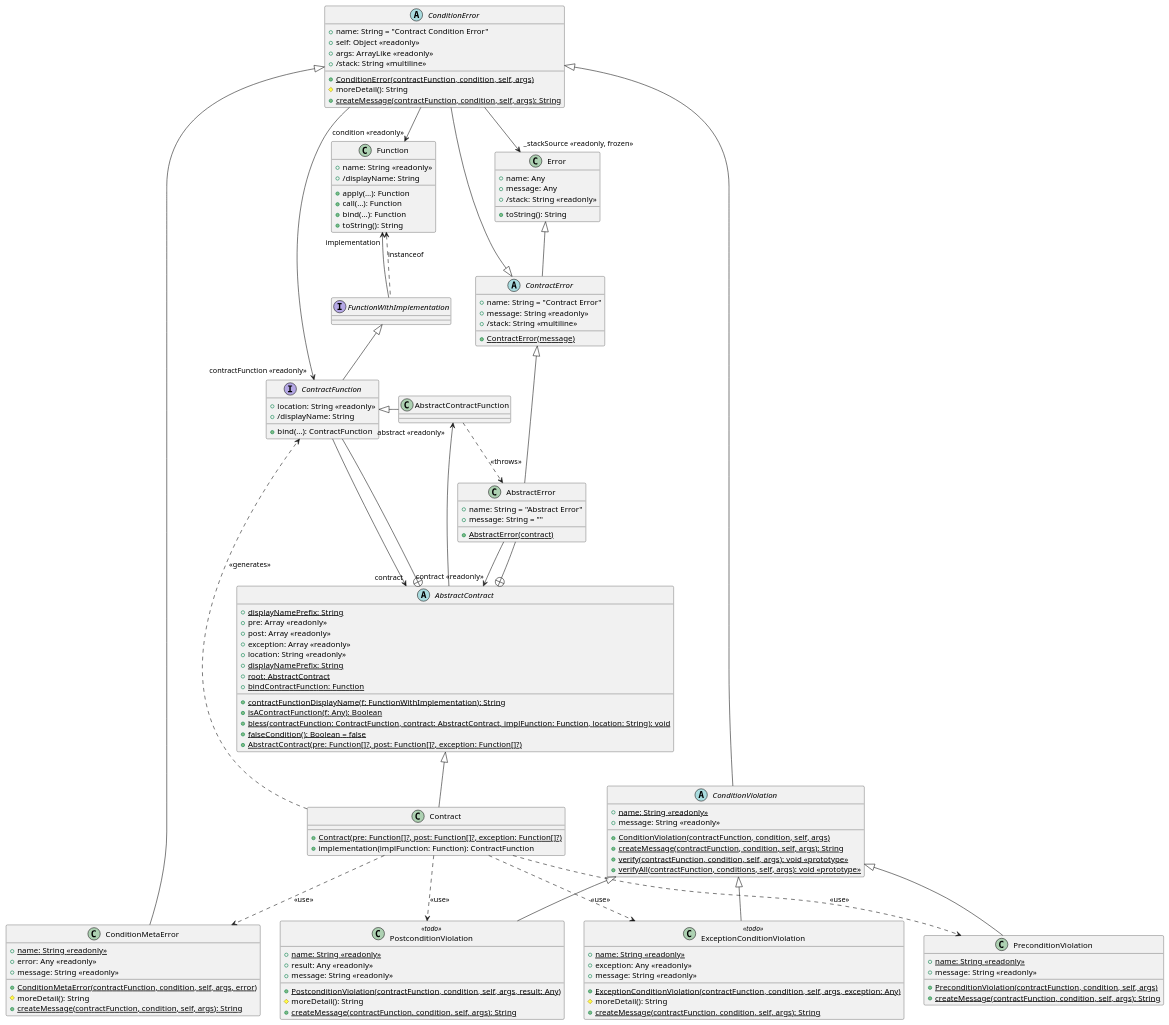
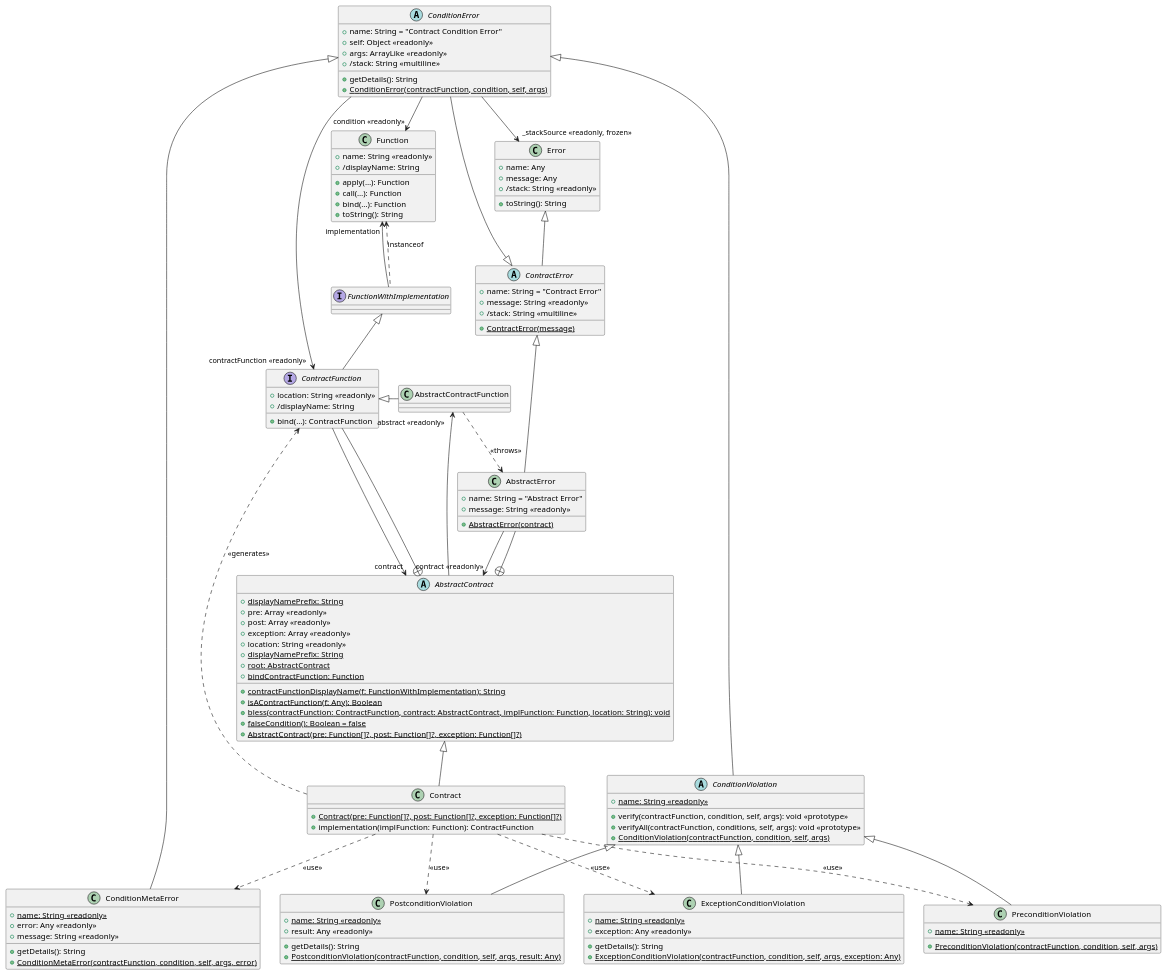
Before and after one commit to Toryt/contracts: the diagram in src/I/model.puml, drawn with PlantUML.

Commit message:
Cleanup of model

```diff
--- a/src/I/model.puml
+++ b/src/I/model.puml
@@ -1,148 +1,138 @@
 @startuml
 
 class Function {
   +name: String <<readonly>>
   +/displayName: String
   +apply(…): Function
   +call(…): Function
   +bind(…): Function
   +toString(): String
 }
 class Error {
   +name: Any
   +message: Any
   +/stack: String <<readonly>>
   +toString(): String
 }
 
 interface FunctionWithImplementation
 
 Function <.. FunctionWithImplementation: instanceof
 FunctionWithImplementation --> "implementation" Function
 
 abstract class AbstractContract {
   +{static} displayNamePrefix: String
   +pre: Array <<readonly>>
   +post: Array <<readonly>>
   +exception: Array <<readonly>>
   +location: String <<readonly>>
   +{static} displayNamePrefix: String
   +{static} root: AbstractContract
   +{static} contractFunctionDisplayName(f: FunctionWithImplementation): String
   +{static} bindContractFunction: Function
   +{static} isAContractFunction(f: Any): Boolean
   +{static} bless(contractFunction: ContractFunction, contract: AbstractContract, implFunction: Function, location: String): void
   +{static} falseCondition(): Boolean = false
   +{static} AbstractContract(pre: Function[]?, post: Function[]?, exception: Function[]?)
 }
 
 class Contract {
   +{static} Contract(pre: Function[]?, post: Function[]?, exception: Function[]?)
   +implementation(implFunction: Function): ContractFunction
 }
 AbstractContract <|-- Contract
 
 interface ContractFunction {
   +location: String <<readonly>>
   +/displayName: String
   +bind(…): ContractFunction
 }
 
 class AbstractContractFunction
 ContractFunction <|- AbstractContractFunction
 
 AbstractContract +-- ContractFunction
 FunctionWithImplementation <|-- ContractFunction
 
 ContractFunction --> "contract" AbstractContract
 AbstractContract --> "abstract <<readonly>>" AbstractContractFunction
 
 abstract class ContractError {
   +name: String = "Contract Error"
   +message: String <<readonly>>
   +/stack: String <<multiline>>
   +{static} ContractError(message)
 }
 Error <|-- ContractError
 
 class AbstractError {
   +name: String = "Abstract Error"
-  +message: String = ""
+  +message: String <<readonly>>
   +{static} AbstractError(contract)
 }
 AbstractContract +-- AbstractError
 ContractError <|-- AbstractError
 AbstractContractFunction ..> AbstractError : "<<throws>>"
 
 AbstractError --> "contract <<readonly>>" AbstractContract
 
 abstract class ConditionError {
   +name: String = "Contract Condition Error"
   +self: Object <<readonly>>
   +args: ArrayLike <<readonly>>
   +/stack: String <<multiline>>
+  +getDetails(): String
   +{static} ConditionError(contractFunction, condition, self, args)
-  #moreDetail(): String
-  +{static} createMessage(contractFunction, condition, self, args): String
 }
 ContractError <|-- ConditionError
 
 class ConditionMetaError {
   +{static} name: String <<readonly>>
   +error: Any <<readonly>>
   +message: String <<readonly>>
+  +getDetails(): String
   +{static} ConditionMetaError(contractFunction, condition, self, args, error)
-  #moreDetail(): String
-  +{static} createMessage(contractFunction, condition, self, args): String
 }
 
 abstract class ConditionViolation {
   +{static} name: String <<readonly>>
-  +message: String <<readonly>>
+  +verify(contractFunction, condition, self, args): void <<prototype>>
+  +verifyAll(contractFunction, conditions, self, args): void <<prototype>>
   +{static} ConditionViolation(contractFunction, condition, self, args)
-  +{static} createMessage(contractFunction, condition, self, args): String
-  +{static} verify(contractFunction, condition, self, args): void <<prototype>>
-  +{static} verifyAll(contractFunction, conditions, self, args): void <<prototype>>
 }
 class PreconditionViolation {
   +{static} name: String <<readonly>>
-  +message: String <<readonly>>
   +{static} PreconditionViolation(contractFunction, condition, self, args)
-  +{static} createMessage(contractFunction, condition, self, args): String
 }
-class PostconditionViolation <<todo>> {
+class PostconditionViolation {
   +{static} name: String <<readonly>>
   +result: Any <<readonly>>
-  +message: String <<readonly>>
+  +getDetails(): String
   +{static} PostconditionViolation(contractFunction, condition, self, args, result: Any)
-  #moreDetail(): String
-  +{static} createMessage(contractFunction, condition, self, args): String
 }
 
-class ExceptionConditionViolation <<todo>> {
+class ExceptionConditionViolation {
   +{static} name: String <<readonly>>
   +exception: Any <<readonly>>
-  +message: String <<readonly>>
+  +getDetails(): String
   +{static} ExceptionConditionViolation(contractFunction, condition, self, args, exception: Any)
-  #moreDetail(): String
-  +{static} createMessage(contractFunction, condition, self, args): String
 }
 
 ConditionError --> "contractFunction <<readonly>>" ContractFunction
 ConditionError --> "condition <<readonly>>" Function
 ConditionError --> "_stackSource <<readonly, frozen>>" Error
 
 ConditionError <|-- ConditionMetaError
 ConditionError <|-- ConditionViolation
 
 ConditionViolation <|-- PreconditionViolation
 ConditionViolation <|-- PostconditionViolation
 ConditionViolation <|-- ExceptionConditionViolation
 
 Contract ..> ConditionMetaError: <<use>>
 Contract ..> PreconditionViolation: <<use>>
 Contract ..> PostconditionViolation: <<use>>
 Contract ..> ExceptionConditionViolation: <<use>>
 Contract ..> ContractFunction: <<generates>>
 
 @enduml
```
